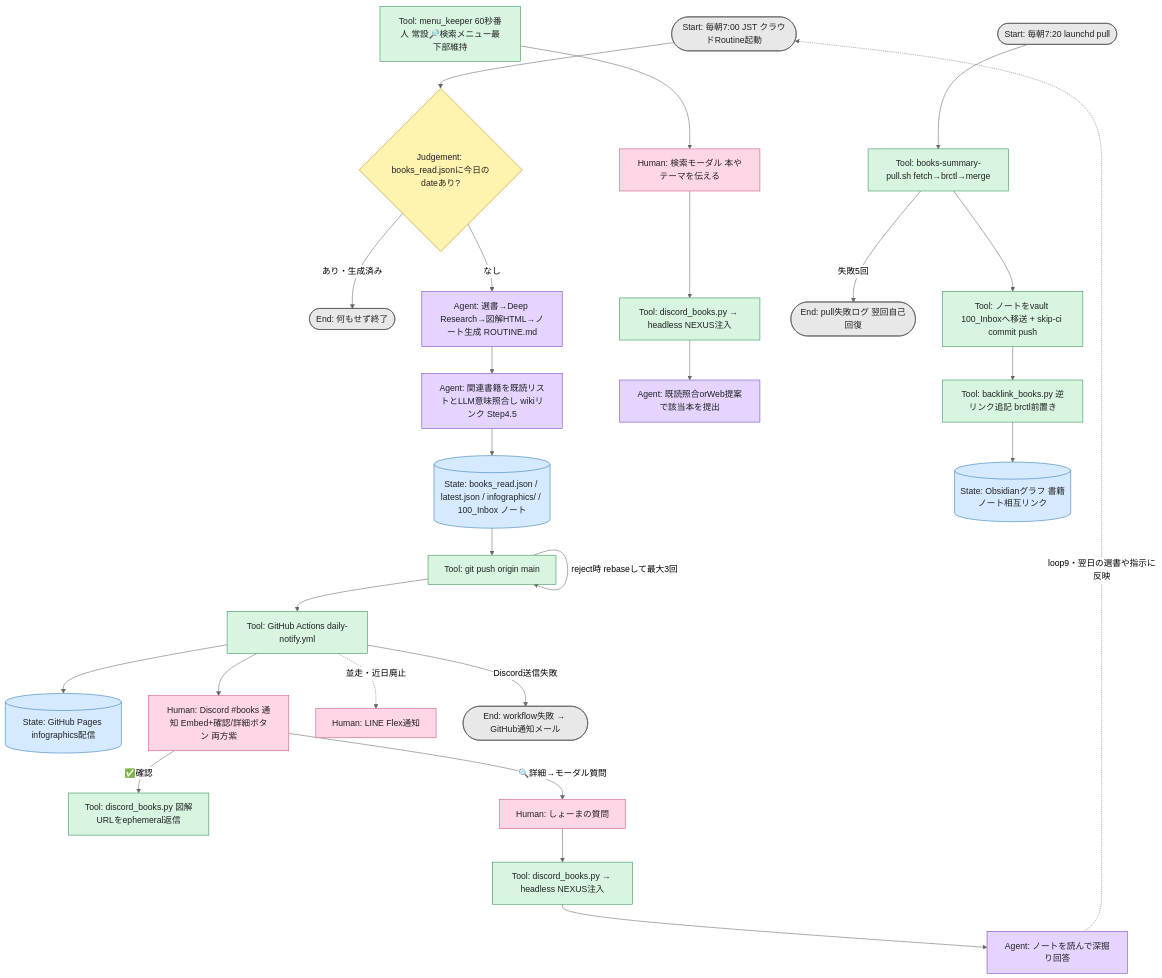
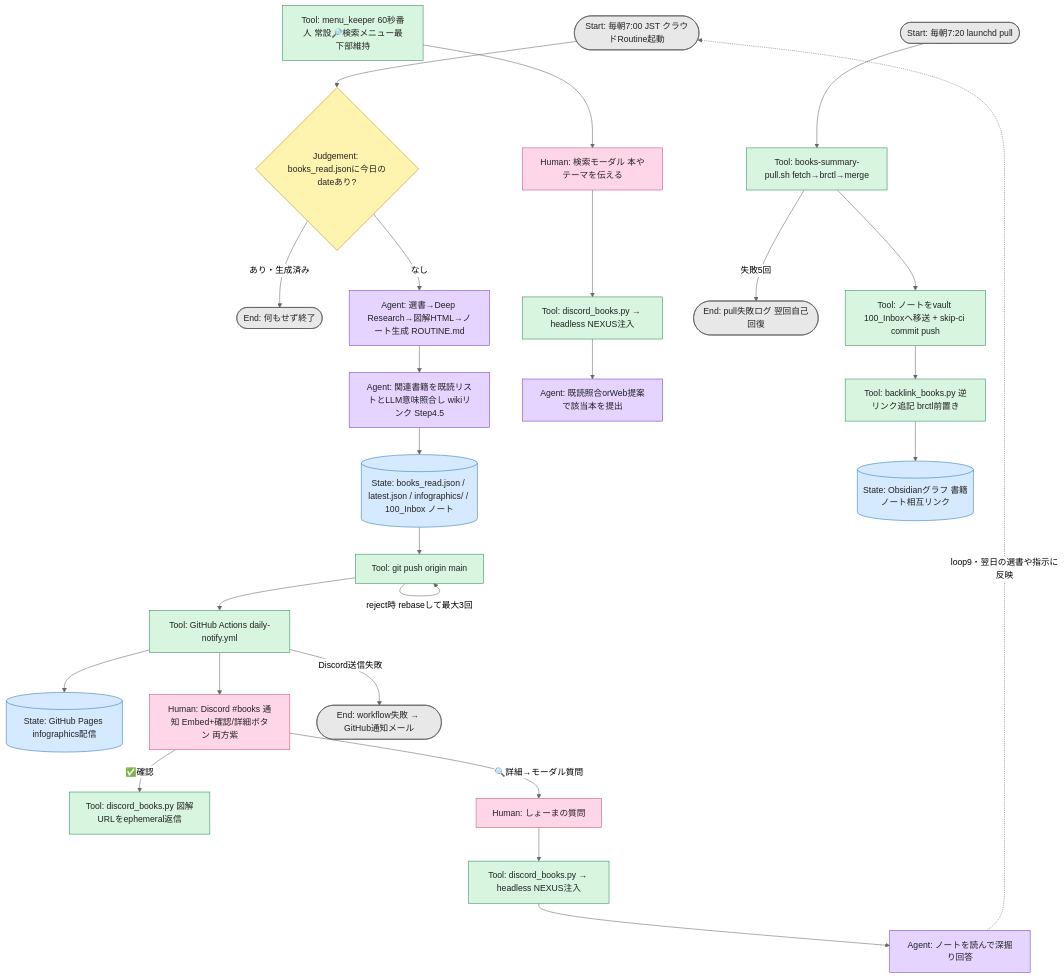
Before and after one commit to oshomadesse/books-summary: the diagram in README.md, drawn with Mermaid (neutral theme). The commit also changed other lines of this file and 5 other files, not shown here.

````diff
--- a/README.md
+++ b/README.md
@@ -62,37 +62,36 @@
 ```mermaid
 flowchart TD
     %% この図はHumanがグラフを監視する唯一の場所。Node・Edge・Loop・State変更時は同じpushで必ず更新する（.claude/rules/docs-sync.md）。
     Start([Start: 毎朝7:00 JST クラウドRoutine起動]):::startend --> G{Judgement: books_read.jsonに今日のdateあり?}:::judgement
     G -->|あり・生成済み| EndSkip([End: 何もせず終了]):::startend
     G -->|なし| A[Agent: 選書→Deep Research→図解HTML→ノート生成 ROUTINE.md]:::agent
     A --> L[Agent: 関連書籍を既読リストとLLM意味照合し wikiリンク Step4.5]:::agent
     L --> SR[(State: books_read.json / latest.json / infographics/ / 100_Inbox ノート)]:::state
     SR --> P[Tool: git push origin main]:::tool
     P -->|reject時 rebaseして最大3回| P
     P --> W[Tool: GitHub Actions daily-notify.yml]:::tool
     W --> PG[(State: GitHub Pages infographics配信)]:::state
     W --> DN[Human: Discord #books 通知 Embed+確認/詳細ボタン 両方紫]:::human
     DN -->|✅確認| CF[Tool: discord_books.py 図解URLをephemeral返信]:::tool
     MK[Tool: menu_keeper 60秒番人 常設🔎検索メニュー最下部維持]:::tool --> SM[Human: 検索モーダル 本やテーマを伝える]:::human
     SM --> DB2[Tool: discord_books.py → headless NEXUS注入]:::tool
     DB2 --> SA[Agent: 既読照合orWeb提案で該当本を提出]:::agent
-    W -.->|並走・近日廃止| LN[Human: LINE Flex通知]:::human
     W -->|Discord送信失敗| ErrW([End: workflow失敗 → GitHub通知メール]):::startend
     Start2([Start: 毎朝7:20 launchd pull]):::startend --> PU[Tool: books-summary-pull.sh fetch→brctl→merge]:::tool
     PU -->|失敗5回| ErrP([End: pull失敗ログ 翌回自己回復]):::startend
     PU --> MV[Tool: ノートをvault 100_Inboxへ移送 + skip-ci commit push]:::tool
     MV --> BL[Tool: backlink_books.py 逆リンク追記 brctl前置き]:::tool
     BL --> OB[(State: Obsidianグラフ 書籍ノート相互リンク)]:::state
     DN -->|🔍詳細→モーダル質問| HD[Human: しょーまの質問]:::human
     HD --> DB[Tool: discord_books.py → headless NEXUS注入]:::tool
     DB --> DA[Agent: ノートを読んで深掘り回答]:::agent
     DA -.->|loop9・翌日の選書や指示に反映| Start
 
     classDef agent fill:#e4d4ff,stroke:#6f42c1,color:#222
     classDef tool fill:#d7f5df,stroke:#2e8b57,color:#222
     classDef human fill:#ffd6e7,stroke:#c94f7c,color:#222
     classDef evaluator fill:#ffe0b2,stroke:#d97706,color:#222
     classDef state fill:#d6eaff,stroke:#2878b5,color:#222
     classDef judgement fill:#fff3b0,stroke:#b8860b,color:#222
     classDef startend fill:#e8e8e8,stroke:#555,color:#222
 ```
````
